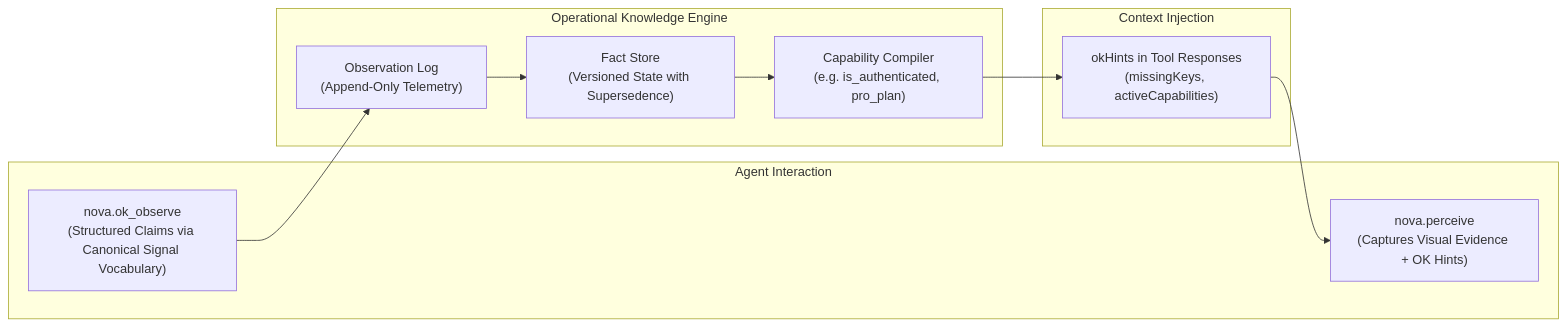
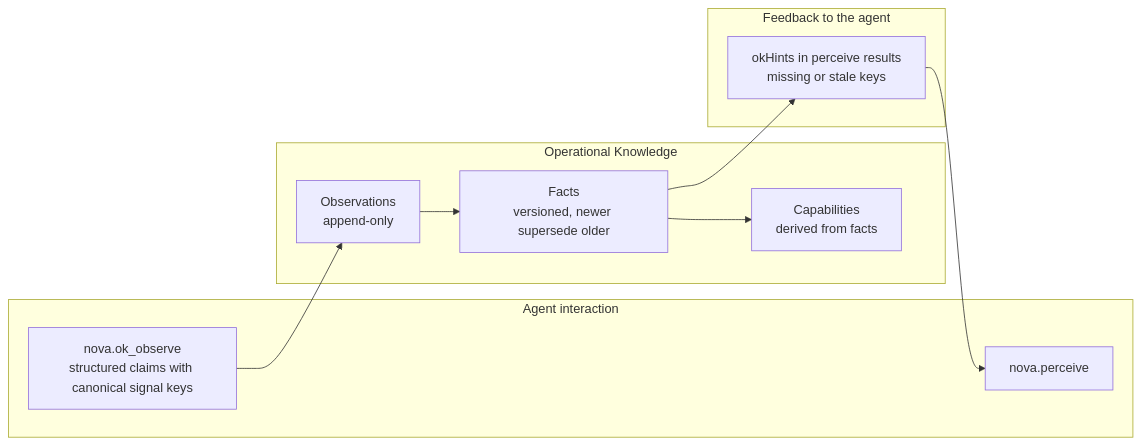
Before and after one commit to joelaniol/nova: the diagram in docs/core-features/operational-knowledge.md, drawn with Mermaid. The commit also changed other lines of this file and 495 other files, not shown here.

Commit message:
docs: every page checked against the product; tool pages show real responses and the real tool category

````diff
--- a/docs/core-features/operational-knowledge.md
+++ b/docs/core-features/operational-knowledge.md
@@ -24,29 +24,23 @@
 ```mermaid
 flowchart LR
-    subgraph AgentAction["Agent Interaction"]
-        Observe["nova.ok_observe
-(Structured Claims via Canonical Signal Vocabulary)"]
-        Perceive["nova.perceive
-(Captures Visual Evidence + OK Hints)"]
+    subgraph AgentAction["Agent interaction"]
+        Observe["nova.ok_observe<br/>structured claims with canonical signal keys"]
+        Perceive["nova.perceive"]
     end
 
-    subgraph OKCore["Operational Knowledge Engine"]
-        Append["Observation Log
-(Append-Only Telemetry)"]
-        Fact["Fact Store
-(Versioned State with Supersedence)"]
-        Compile["Capability Compiler
-(e.g. is_authenticated, pro_plan)"]
+    subgraph OKCore["Operational Knowledge"]
+        Append["Observations<br/>append-only"]
+        Fact["Facts<br/>versioned, newer supersede older"]
+        Compile["Capabilities<br/>derived from facts"]
     end
 
-    subgraph Feedback["Context Injection"]
-        Hints["okHints in Tool Responses
-(missingKeys, activeCapabilities)"]
+    subgraph Feedback["Feedback to the agent"]
+        Hints["okHints in perceive results<br/>missing or stale keys"]
     end
 
     Observe --> Append
     Append --> Fact
     Fact --> Compile
-    Compile --> Hints
+    Fact --> Hints
     Hints --> Perceive
 ```
````
